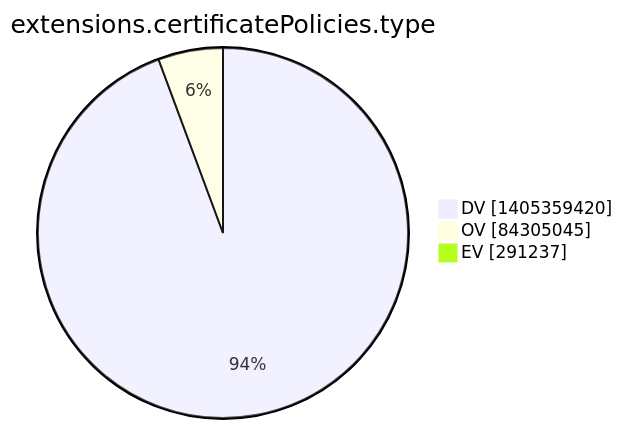
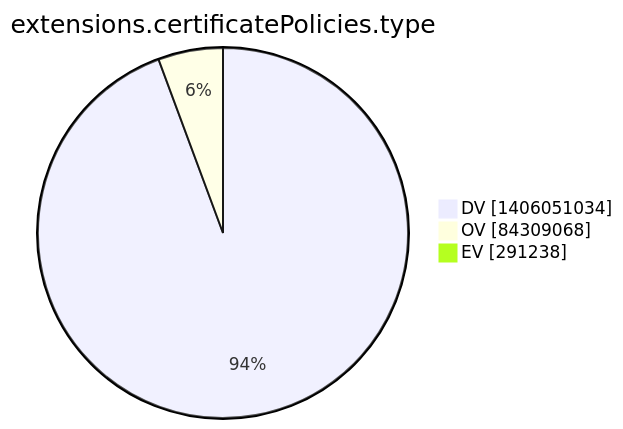
Before and after one commit to christiankrug/ctmonitor_visualization: the tenth of 15 diagrams in argon2022/README.md, drawn with Mermaid. The commit also changed other lines of this file, not shown here.

````diff
--- a/argon2022/README.md
+++ b/argon2022/README.md
@@ -2773,7 +2773,7 @@
 ```mermaid
 pie showData
 title extensions.certificatePolicies.type
-"DV" :1405359420
-"OV" :84305045
-"EV" :291237
+"DV" :1406051034
+"OV" :84309068
+"EV" :291238
 ```
````
